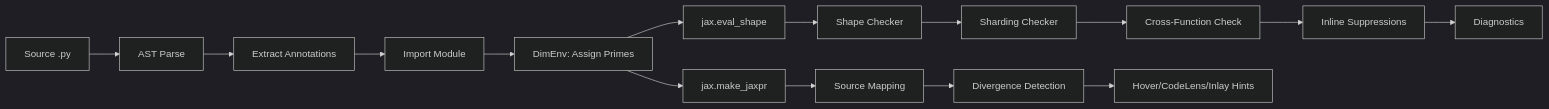
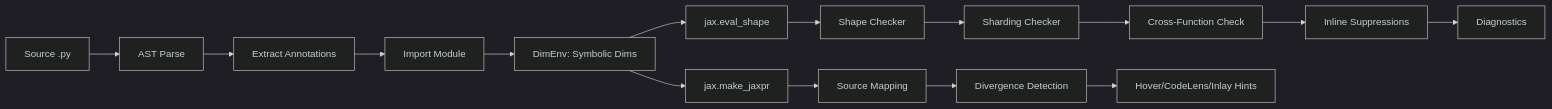
The diagram in docs/architecture/overview.md (BeeGass/jaxtyc), drawn with Mermaid (dark theme) before and after one commit. The commit also changed other lines of this file and 9 other files, not shown here.

````diff
--- a/docs/architecture/overview.md
+++ b/docs/architecture/overview.md
@@ -5,17 +5,17 @@
 ```mermaid
 flowchart LR
     A[Source .py] --> B[AST Parse]
     B --> C[Extract Annotations]
     C --> D[Import Module]
-    D --> E[DimEnv: Assign Primes]
+    D --> E[DimEnv: Symbolic Dims]
     E --> F[jax.eval_shape]
     F --> G[Shape Checker]
     G --> G2[Sharding Checker]
     G2 --> H[Cross-Function Check]
     H --> I[Inline Suppressions]
     I --> J[Diagnostics]
     E --> K[jax.make_jaxpr]
     K --> L[Source Mapping]
     L --> L2[Divergence Detection]
     L2 --> M[Hover/CodeLens/Inlay Hints]
 ```
````
